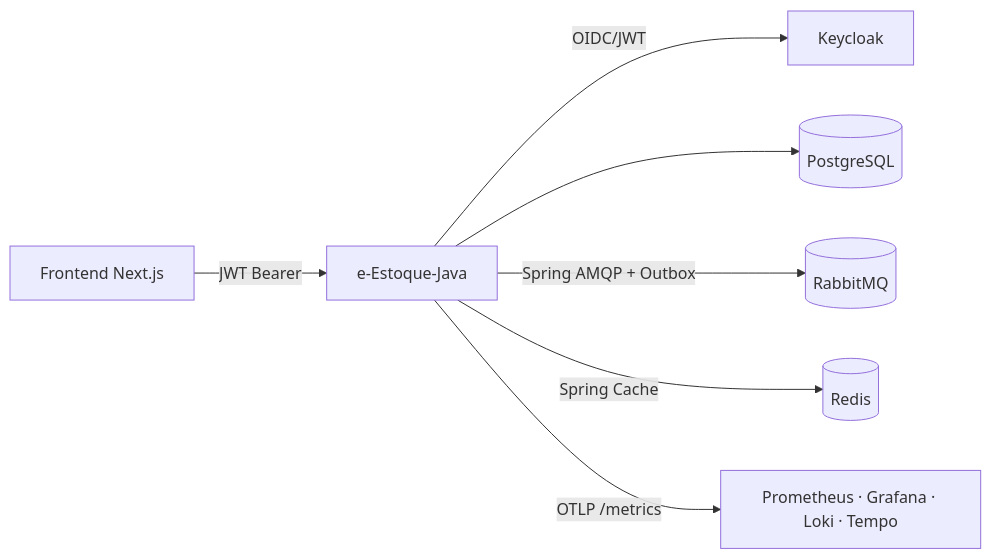
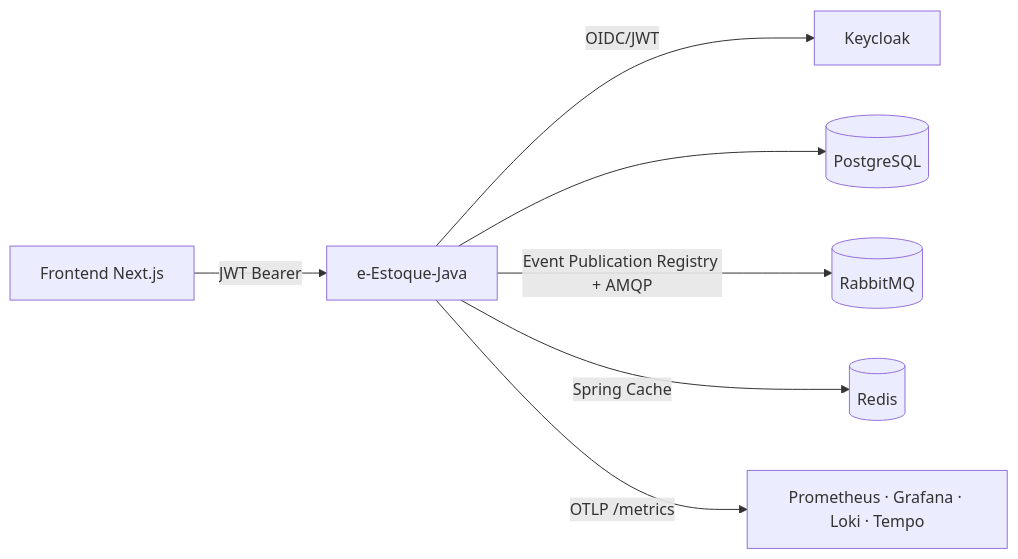
The diagram in docs/sdd/09-ARCHITECTURE.md (mzet97/e-Estoque-Java), drawn with Mermaid before and after one commit. The commit also changed other lines of this file and 12 other files, not shown here.

````diff
--- a/docs/sdd/09-ARCHITECTURE.md
+++ b/docs/sdd/09-ARCHITECTURE.md
@@ -51,9 +51,9 @@
 ```mermaid
 flowchart LR
     FE[Frontend Next.js] -->|JWT Bearer| API[e-Estoque-Java]
     API -->|OIDC/JWT| KC[Keycloak]
     API --> PG[(PostgreSQL)]
-    API -->|Spring AMQP + Outbox| RMQ[(RabbitMQ)]
+    API -->|Event Publication Registry + AMQP| RMQ[(RabbitMQ)]
     API -->|Spring Cache| RD[(Redis)]
     API -->|OTLP /metrics| OBS[Prometheus · Grafana · Loki · Tempo]
 ```
````
